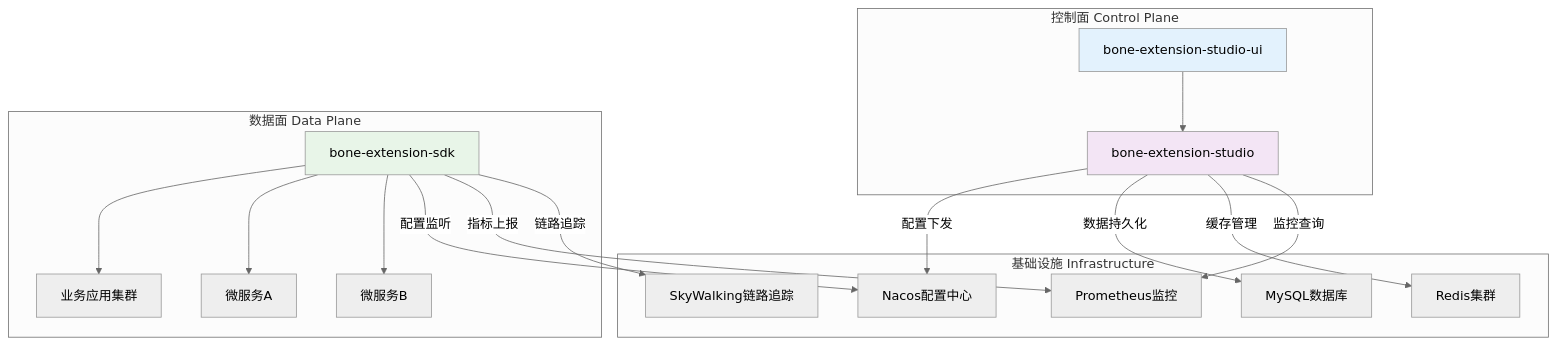
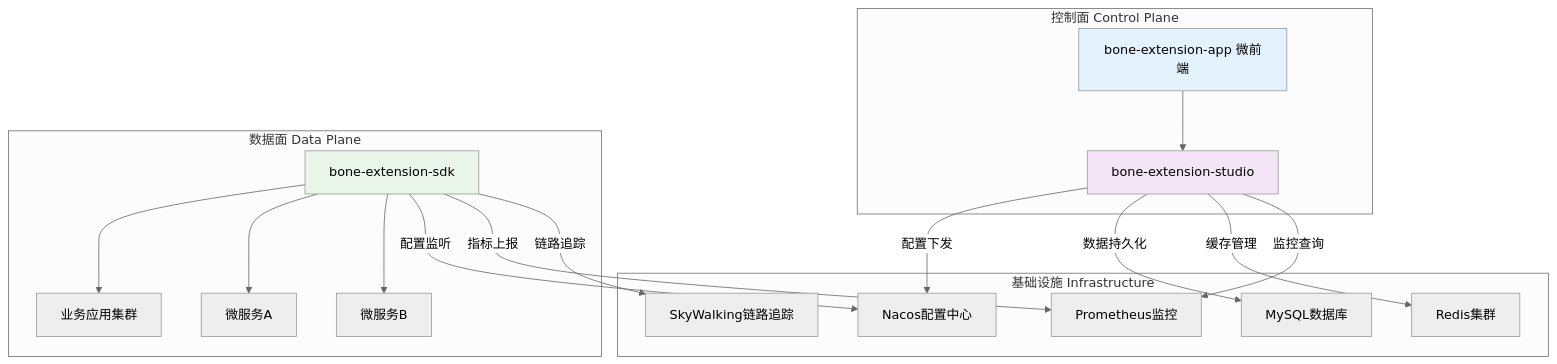
One commit to trenhui/bone changed the diagram in bone-engine/bone-extension-engine/design.md. Above: the diagram before and after it, drawn with Mermaid (neutral theme). The commit also changed other lines of this file and 707 other files, not shown here.

````diff
--- a/bone-engine/bone-extension-engine/design.md
+++ b/bone-engine/bone-extension-engine/design.md
@@ -9,32 +9,32 @@
 ```mermaid
 graph TB
     subgraph "控制面 Control Plane"
-        A[bone-extension-studio-ui] --> B[bone-extension-studio]
+        A[bone-extension-app 微前端] --> B[bone-extension-studio]
     end
     
     subgraph "数据面 Data Plane"
         C[bone-extension-sdk] --> D[业务应用集群]
         C --> E[微服务A]
         C --> F[微服务B]
     end
     
     subgraph "基础设施 Infrastructure"
         G[Nacos配置中心]
         H[Redis集群]
         I[MySQL数据库]
         J[Prometheus监控]
         K[SkyWalking链路追踪]
     end
     
     B -->|配置下发| G
     C -->|配置监听| G
     C -->|指标上报| J
     C -->|链路追踪| K
     B -->|数据持久化| I
     B -->|缓存管理| H
     B -->|监控查询| J
     
     style A fill:#e3f2fd
     style B fill:#f3e5f5
     style C fill:#e8f5e8
 ```
````
